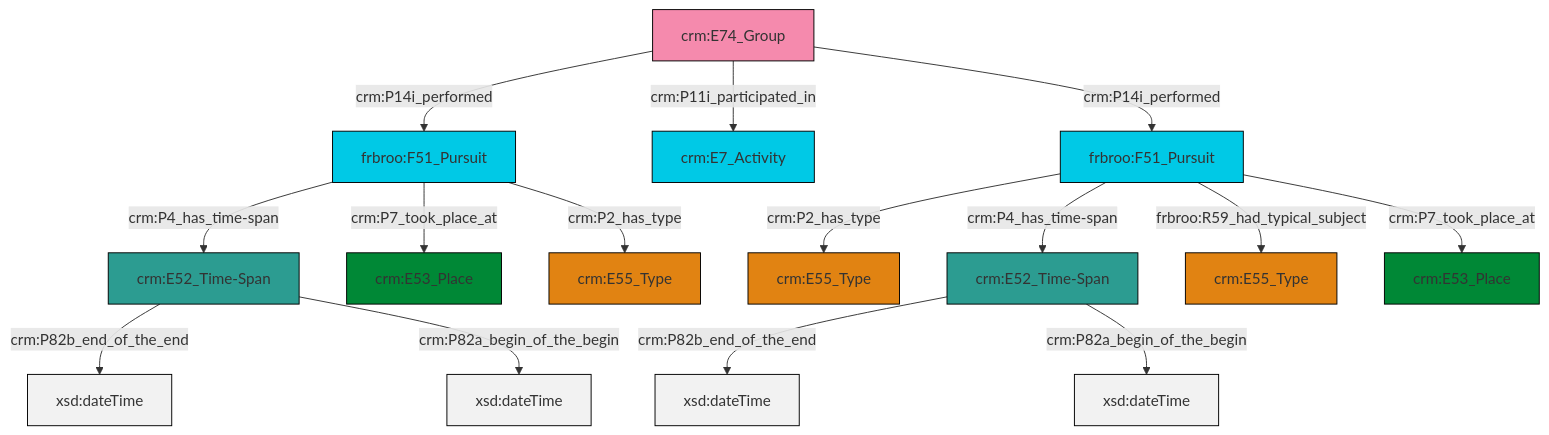
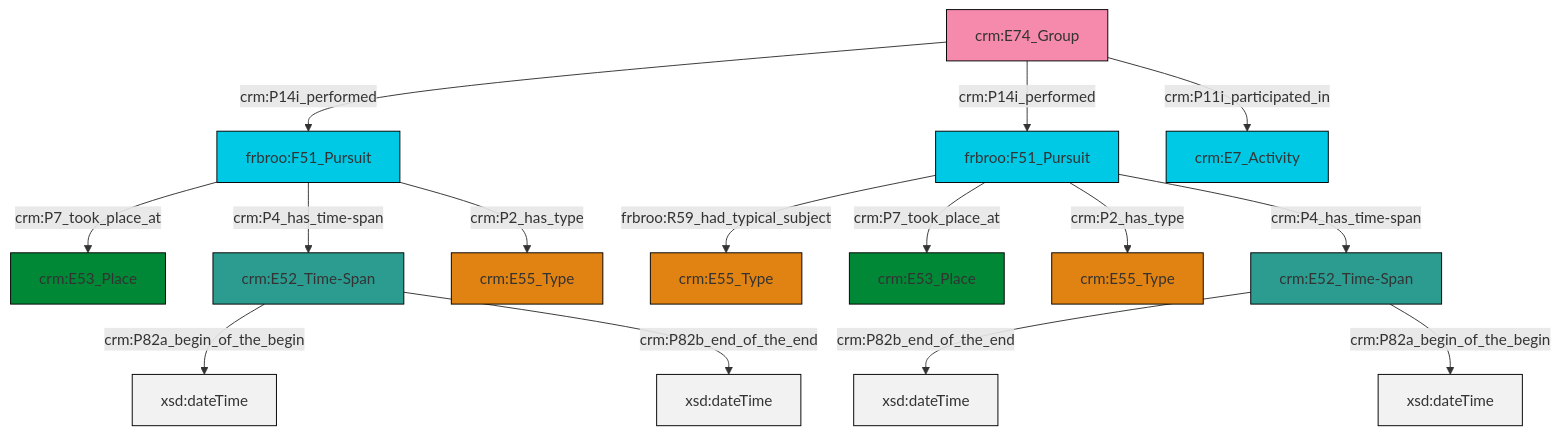
Before and after one commit to swiss-art-research-net/docs.swissartresearch: the diagram in et/groupCSV/ttl/mmd/group_events.ttl.mmd, drawn with Mermaid. The commit also changed 179 other files, not shown here.

```diff
--- a/et/groupCSV/ttl/mmd/group_events.ttl.mmd
+++ b/et/groupCSV/ttl/mmd/group_events.ttl.mmd
@@ -1,29 +1,29 @@
 graph TD
 classDef Literal fill:#f2f2f2,stroke:#000000;
 classDef CRM_Entity fill:#FFFFFF,stroke:#000000;
 classDef Temporal_Entity fill:#00C9E6, stroke:#000000;
 classDef Type fill:#E18312, stroke:#000000;
 classDef Time-Span fill:#2C9C91, stroke:#000000;
 classDef Appellation fill:#FFEB7F, stroke:#000000;
 classDef Place fill:#008836, stroke:#000000;
 classDef Persistent_Item fill:#B266B2, stroke:#000000;
 classDef Conceptual_Object fill:#FFD700, stroke:#000000;
 classDef Physical_Thing fill:#D2B48C, stroke:#000000;
 classDef Actor fill:#f58aad, stroke:#000000;
 classDef PC_Classes fill:#4ce600, stroke:#000000;
 classDef Multi fill:#cccccc,stroke:#000000;
 
-0["crm:E74_Group"]:::Actor -->|crm:P14i_performed| 1["frbroo:F51_Pursuit"]:::Temporal_Entity
-1["frbroo:F51_Pursuit"]:::Temporal_Entity -->|crm:P4_has_time-span| 7["crm:E52_Time-Span"]:::Time-Span
-7["crm:E52_Time-Span"]:::Time-Span -->|crm:P82b_end_of_the_end| 8[xsd:dateTime]:::Literal
-7["crm:E52_Time-Span"]:::Time-Span -->|crm:P82a_begin_of_the_begin| 9[xsd:dateTime]:::Literal
-0["crm:E74_Group"]:::Actor -->|crm:P11i_participated_in| 14["crm:E7_Activity"]:::Temporal_Entity
-15["frbroo:F51_Pursuit"]:::Temporal_Entity -->|crm:P2_has_type| 10["crm:E55_Type"]:::Type
-15["frbroo:F51_Pursuit"]:::Temporal_Entity -->|crm:P4_has_time-span| 19["crm:E52_Time-Span"]:::Time-Span
-15["frbroo:F51_Pursuit"]:::Temporal_Entity -->|frbroo:R59_had_typical_subject| 23["crm:E55_Type"]:::Type
-1["frbroo:F51_Pursuit"]:::Temporal_Entity -->|crm:P7_took_place_at| 17["crm:E53_Place"]:::Place
-15["frbroo:F51_Pursuit"]:::Temporal_Entity -->|crm:P7_took_place_at| 5["crm:E53_Place"]:::Place
-19["crm:E52_Time-Span"]:::Time-Span -->|crm:P82b_end_of_the_end| 26[xsd:dateTime]:::Literal
-19["crm:E52_Time-Span"]:::Time-Span -->|crm:P82a_begin_of_the_begin| 27[xsd:dateTime]:::Literal
-0["crm:E74_Group"]:::Actor -->|crm:P14i_performed| 15["frbroo:F51_Pursuit"]:::Temporal_Entity
-1["frbroo:F51_Pursuit"]:::Temporal_Entity -->|crm:P2_has_type| 3["crm:E55_Type"]:::Type
+0["frbroo:F51_Pursuit"]:::Temporal_Entity -->|frbroo:R59_had_typical_subject| 1["crm:E55_Type"]:::Type
+4["crm:E52_Time-Span"]:::Time-Span -->|crm:P82a_begin_of_the_begin| 11[xsd:dateTime]:::Literal
+0["frbroo:F51_Pursuit"]:::Temporal_Entity -->|crm:P7_took_place_at| 2["crm:E53_Place"]:::Place
+16["frbroo:F51_Pursuit"]:::Temporal_Entity -->|crm:P7_took_place_at| 12["crm:E53_Place"]:::Place
+19["crm:E74_Group"]:::Actor -->|crm:P14i_performed| 16["frbroo:F51_Pursuit"]:::Temporal_Entity
+0["frbroo:F51_Pursuit"]:::Temporal_Entity -->|crm:P2_has_type| 14["crm:E55_Type"]:::Type
+19["crm:E74_Group"]:::Actor -->|crm:P14i_performed| 0["frbroo:F51_Pursuit"]:::Temporal_Entity
+19["crm:E74_Group"]:::Actor -->|crm:P11i_participated_in| 17["crm:E7_Activity"]:::Temporal_Entity
+9["crm:E52_Time-Span"]:::Time-Span -->|crm:P82b_end_of_the_end| 21[xsd:dateTime]:::Literal
+16["frbroo:F51_Pursuit"]:::Temporal_Entity -->|crm:P4_has_time-span| 4["crm:E52_Time-Span"]:::Time-Span
+4["crm:E52_Time-Span"]:::Time-Span -->|crm:P82b_end_of_the_end| 23[xsd:dateTime]:::Literal
+0["frbroo:F51_Pursuit"]:::Temporal_Entity -->|crm:P4_has_time-span| 9["crm:E52_Time-Span"]:::Time-Span
+16["frbroo:F51_Pursuit"]:::Temporal_Entity -->|crm:P2_has_type| 6["crm:E55_Type"]:::Type
+9["crm:E52_Time-Span"]:::Time-Span -->|crm:P82a_begin_of_the_begin| 27[xsd:dateTime]:::Literal
```
